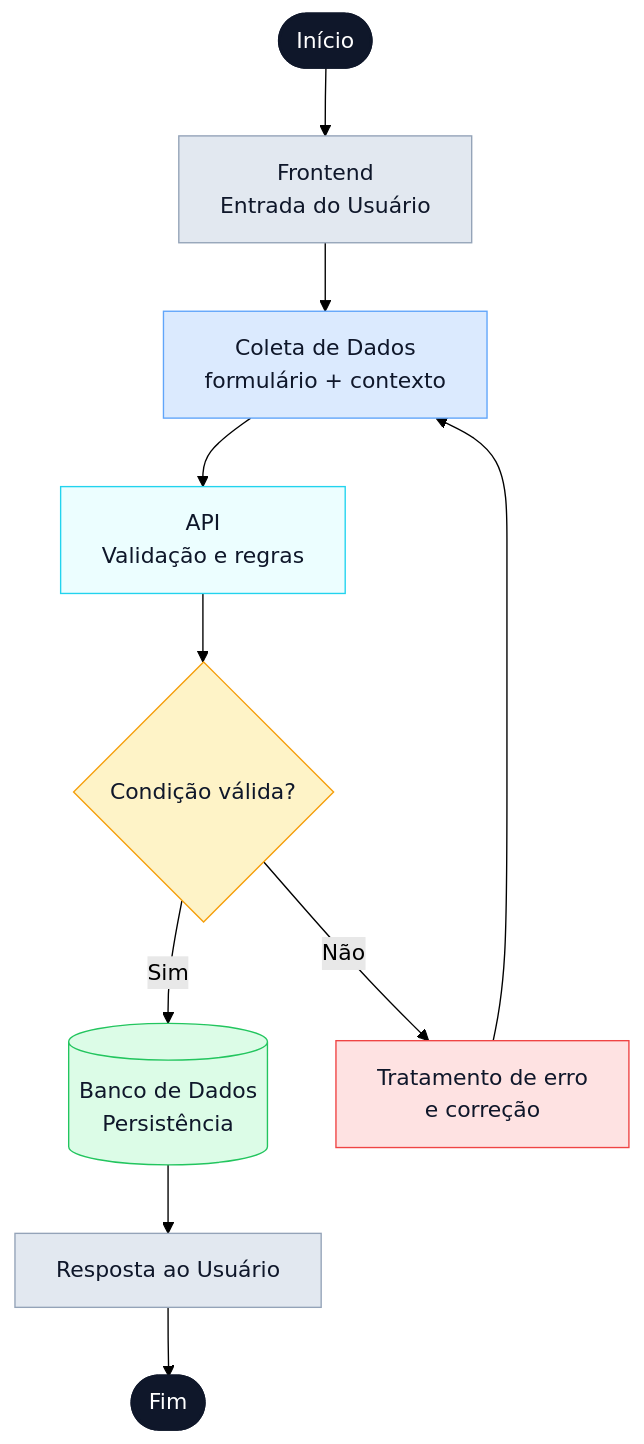
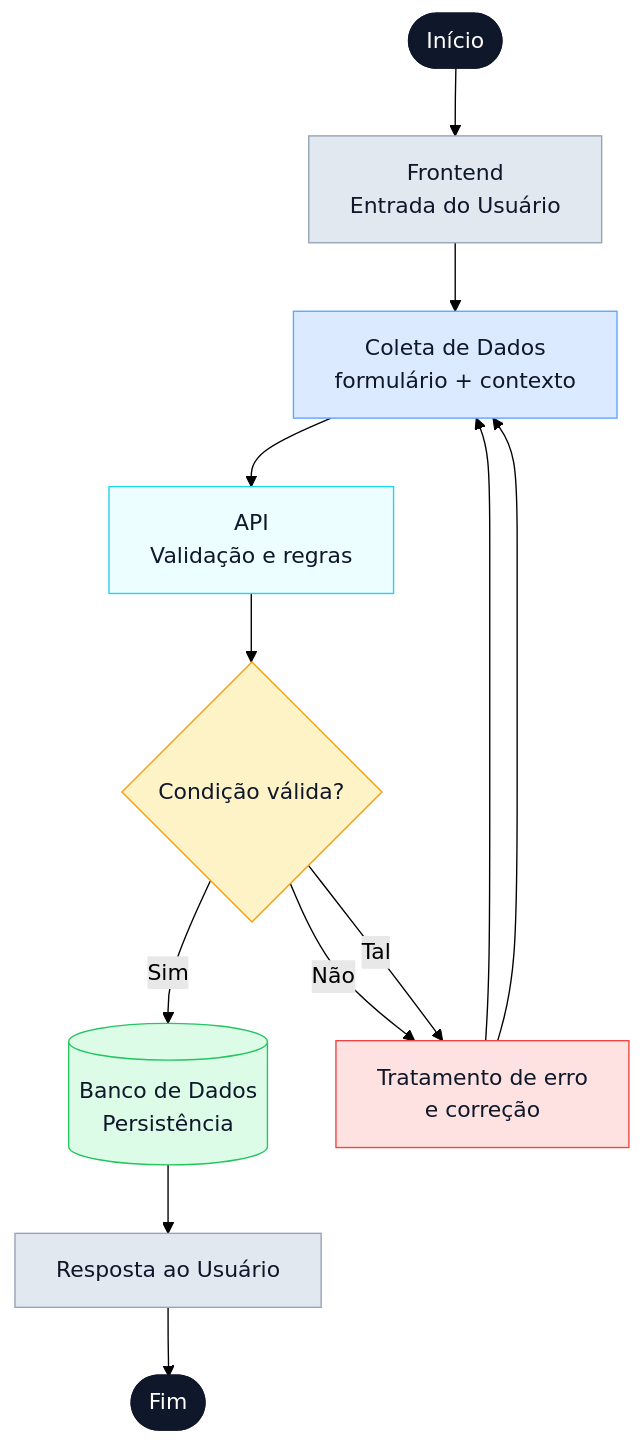
One commit to murylomarques/fluxo-de-sistema changed the diagram in README.md. Above: the diagram before and after it, drawn with Mermaid (forest theme).

Commit message:
first commit2 7

````diff
--- a/README.md
+++ b/README.md
@@ -28,28 +28,29 @@
 ```mermaid
 flowchart TD
   %% Nós
   A([Início]):::start
   B["Frontend<br/>Entrada do Usuário"]:::ui
   C["Coleta de Dados<br/>formulário + contexto"]:::proc
   D["API<br/>Validação e regras"]:::api
   E{Condição válida?}:::decision
   F[("Banco de Dados<br/>Persistência")]:::db
   G["Resposta ao Usuário"]:::ui
   H["Tratamento de erro<br/>e correção"]:::warn
   I([Fim]):::endc
 
   %% Fluxo
   A --> B --> C --> D --> E
   E -- Sim --> F --> G --> I
   E -- Não --> H --> C
+  E -- Tal --> H --> C
 
   %% Estilo (moderno e limpo)
   classDef start fill:#0f172a,stroke:#0f172a,color:#ffffff,stroke-width:2px;
   classDef endc fill:#0f172a,stroke:#0f172a,color:#ffffff,stroke-width:2px;
   classDef ui fill:#e2e8f0,stroke:#94a3b8,color:#0f172a,stroke-width:1px;
   classDef proc fill:#dbeafe,stroke:#60a5fa,color:#0f172a,stroke-width:1px;
   classDef api fill:#ecfeff,stroke:#22d3ee,color:#0f172a,stroke-width:1px;
   classDef decision fill:#fef3c7,stroke:#f59e0b,color:#0f172a,stroke-width:1px;
   classDef db fill:#dcfce7,stroke:#22c55e,color:#0f172a,stroke-width:1px;
   classDef warn fill:#fee2e2,stroke:#ef4444,color:#0f172a,stroke-width:1px;
 ```
````
